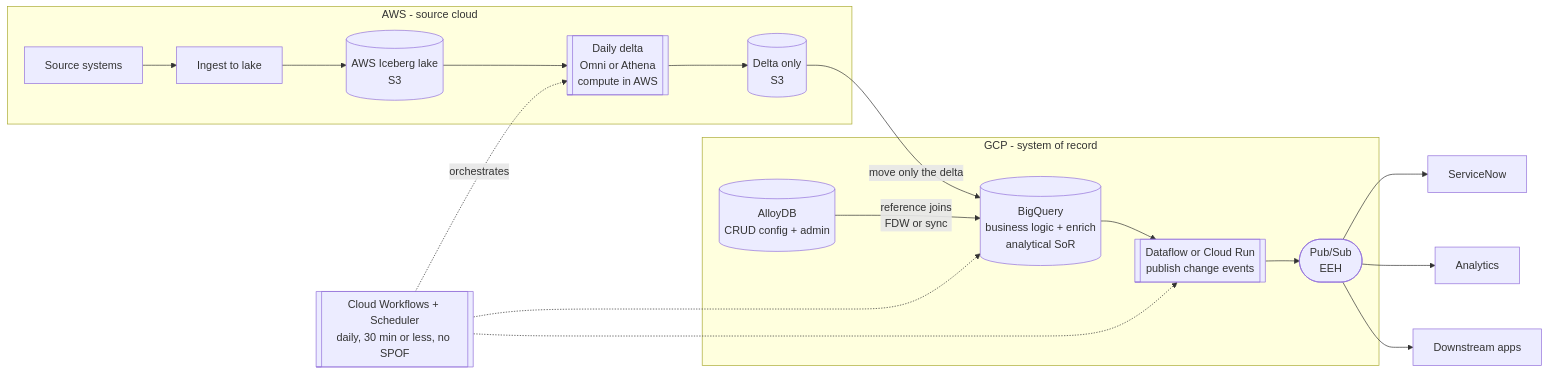
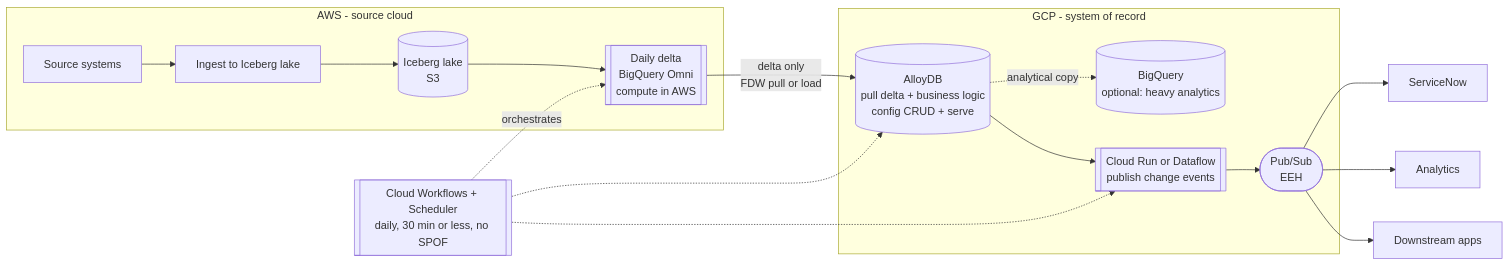
One commit to jeremydegardeyn/iceberg-zero-copy-poc changed the diagram in docs/daily-delta-pipeline-architecture.md. Above: the diagram before and after it, drawn with Mermaid. The commit also changed other lines of this file, not shown here.

First line of the commit message:
Delta pipeline: commit to Omni + AlloyDB-as-SoR; resolve decision log

````diff
--- a/docs/daily-delta-pipeline-architecture.md
+++ b/docs/daily-delta-pipeline-architecture.md
@@ -39,23 +39,22 @@
 ```mermaid
 flowchart LR
   subgraph AWS[AWS - source cloud]
-    SRC[Source systems] --> ING[Ingest to lake]
-    ING --> LAKE[(AWS Iceberg lake<br/>S3)]
-    LAKE --> DIFF[[Daily delta<br/>Omni or Athena<br/>compute in AWS]]
-    DIFF --> DELTA[(Delta only<br/>S3)]
+    SRC[Source systems] --> ING[Ingest to Iceberg lake]
+    ING --> LAKE[(Iceberg lake<br/>S3)]
+    LAKE --> DIFF[[Daily delta<br/>BigQuery Omni<br/>compute in AWS]]
   end
-  DELTA -->|move only the delta| BQ
+  DIFF -->|delta only<br/>FDW pull or load| ADB
   subgraph GCP[GCP - system of record]
-    BQ[(BigQuery<br/>business logic + enrich<br/>analytical SoR)]
-    ADB[(AlloyDB<br/>CRUD config + admin)]
-    ADB -->|reference joins<br/>FDW or sync| BQ
-    BQ --> PUB[[Dataflow or Cloud Run<br/>publish change events]]
+    ADB[(AlloyDB<br/>pull delta + business logic<br/>config CRUD + serve)]
+    BQ[(BigQuery<br/>optional: heavy analytics)]
+    ADB -.->|analytical copy| BQ
+    ADB --> PUB[[Cloud Run or Dataflow<br/>publish change events]]
     PUB --> EEH([Pub/Sub<br/>EEH])
   end
   EEH --> SNOW[ServiceNow]
   EEH --> ANL[Analytics]
   EEH --> APPS[Downstream apps]
   ORCH[[Cloud Workflows + Scheduler<br/>daily, 30 min or less, no SPOF]] -.orchestrates.-> DIFF
-  ORCH -.-> BQ
+  ORCH -.-> ADB
   ORCH -.-> PUB
 ```
````
